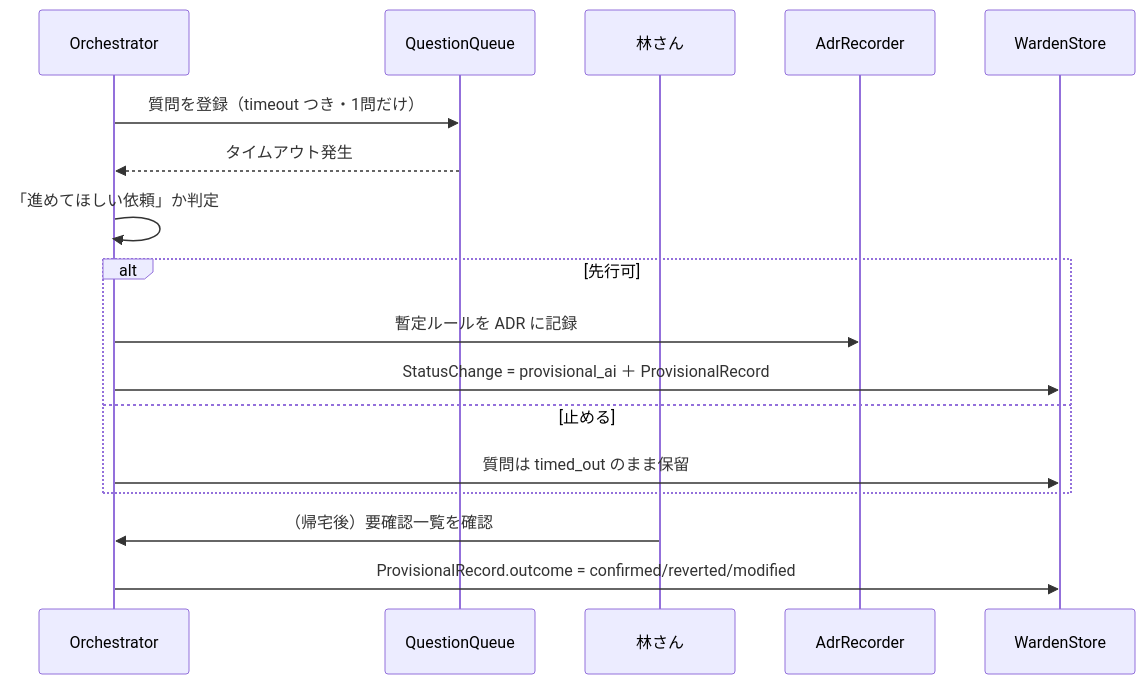
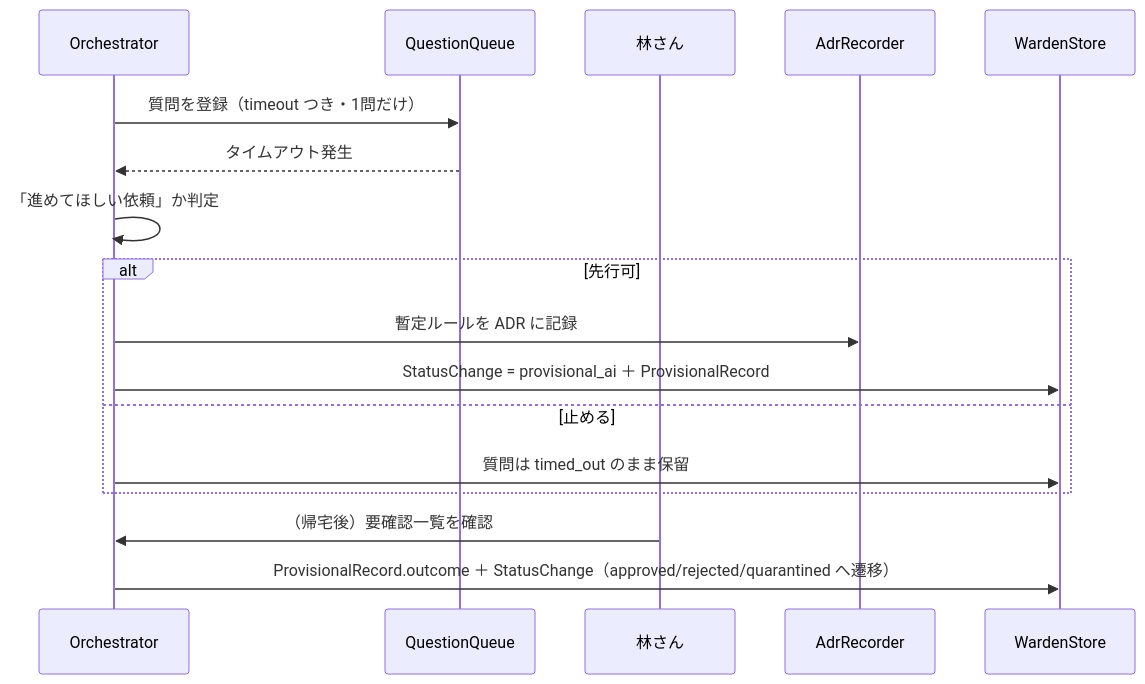
Before and after one commit to khayashi4337/rule-warden: the sixth of 6 diagrams in docs/adr/0002.5-domain-model.md, drawn with Mermaid. The commit also changed other lines of this file, not shown here.

````diff
--- a/docs/adr/0002.5-domain-model.md
+++ b/docs/adr/0002.5-domain-model.md
@@ -257,20 +273,20 @@
 ```mermaid
 sequenceDiagram
     participant O as Orchestrator
     participant Q as QuestionQueue
     participant H as 林さん
     participant AR as AdrRecorder
     participant DB as WardenStore
 
     O->>Q: 質問を登録（timeout つき・1問だけ）
     Q-->>O: タイムアウト発生
     O->>O: 「進めてほしい依頼」か判定
     alt 先行可
         O->>AR: 暫定ルールを ADR に記録
         O->>DB: StatusChange = provisional_ai ＋ ProvisionalRecord
     else 止める
         O->>DB: 質問は timed_out のまま保留
     end
     H->>O: （帰宅後）要確認一覧を確認
-    O->>DB: ProvisionalRecord.outcome = confirmed/reverted/modified
+    O->>DB: ProvisionalRecord.outcome ＋ StatusChange（approved/rejected/quarantined へ遷移）
 ```
````
